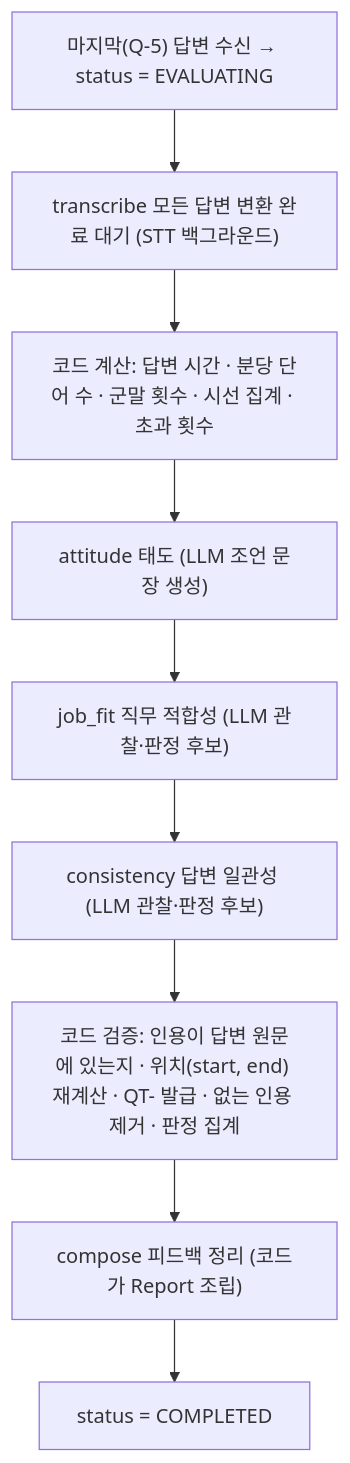
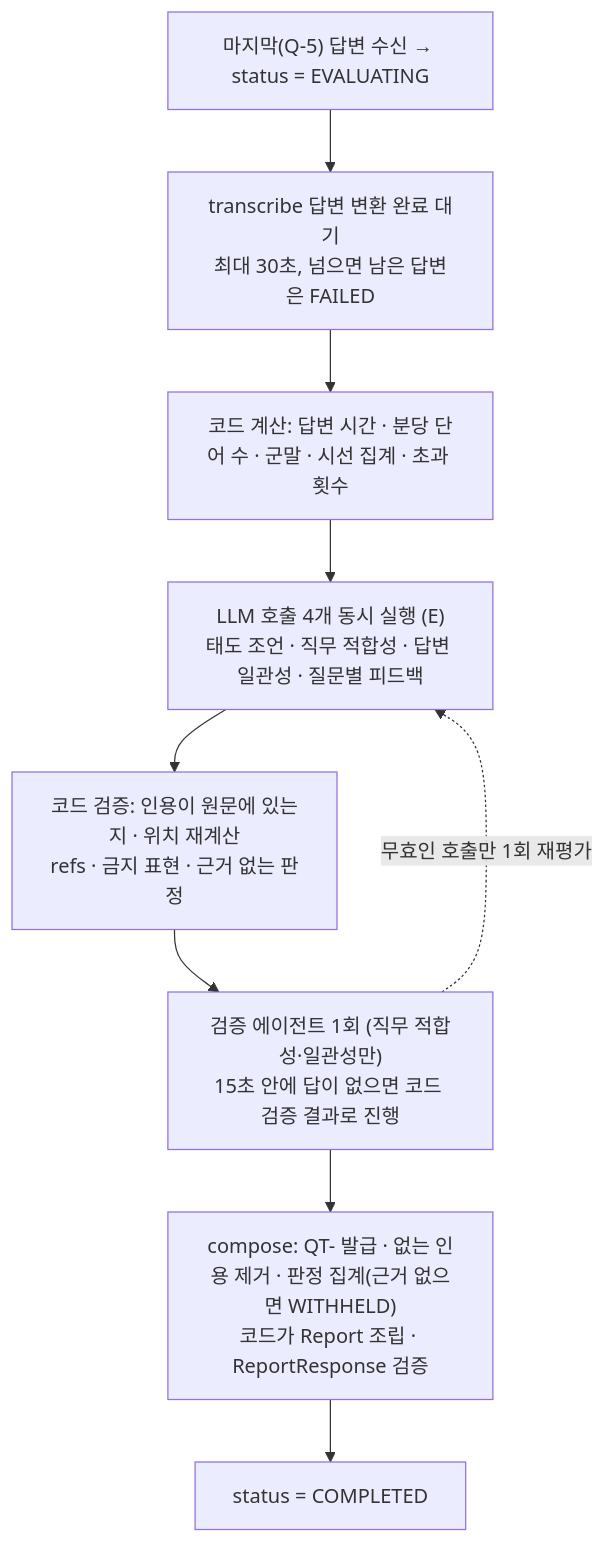
The third of 6 diagrams in docs/05-architecture.md (skkuls-ai/interview_simulation_agent), drawn with Mermaid before and after one commit. The commit also changed other lines of this file and 4 other files, not shown here.

````diff
--- a/docs/05-architecture.md
+++ b/docs/05-architecture.md
@@ -86,12 +87,12 @@
 ```mermaid
 flowchart TD
     S0["마지막(Q-5) 답변 수신 → status = EVALUATING"] --> T
-    T["transcribe 모든 답변 변환 완료 대기 (STT 백그라운드)"] --> CALC
-    CALC["코드 계산: 답변 시간 · 분당 단어 수 · 군말 횟수 · 시선 집계 · 초과 횟수"] --> A1
-    A1["attitude 태도 (LLM 조언 문장 생성)"] --> A2
-    A2["job_fit 직무 적합성 (LLM 관찰·판정 후보)"] --> A3
-    A3["consistency 답변 일관성 (LLM 관찰·판정 후보)"] --> QV
-    QV["코드 검증: 인용이 답변 원문에 있는지 · 위치(start, end) 재계산 · QT- 발급 · 없는 인용 제거 · 판정 집계"] --> C
-    C["compose 피드백 정리 (코드가 Report 조립)"] --> DONE
+    T["transcribe 답변 변환 완료 대기<br/>최대 30초, 넘으면 남은 답변은 FAILED"] --> CALC
+    CALC["코드 계산: 답변 시간 · 분당 단어 수 · 군말 · 시선 집계 · 초과 횟수"] --> PAR
+    PAR["LLM 호출 4개 동시 실행 (E)<br/>태도 조언 · 직무 적합성 · 답변 일관성 · 질문별 피드백"] --> RV
+    RV["코드 검증: 인용이 원문에 있는지 · 위치 재계산<br/>refs · 금지 표현 · 근거 없는 판정"] --> VA
+    VA["검증 에이전트 1회 (직무 적합성·일관성만)<br/>15초 안에 답이 없으면 코드 검증 결과로 진행"] --> C
+    VA -.->|"무효인 호출만 1회 재평가"| PAR
+    C["compose: QT- 발급 · 없는 인용 제거 · 판정 집계(근거 없으면 WITHHELD)<br/>코드가 Report 조립 · ReportResponse 검증"] --> DONE
     DONE["status = COMPLETED"]
 ```
````
